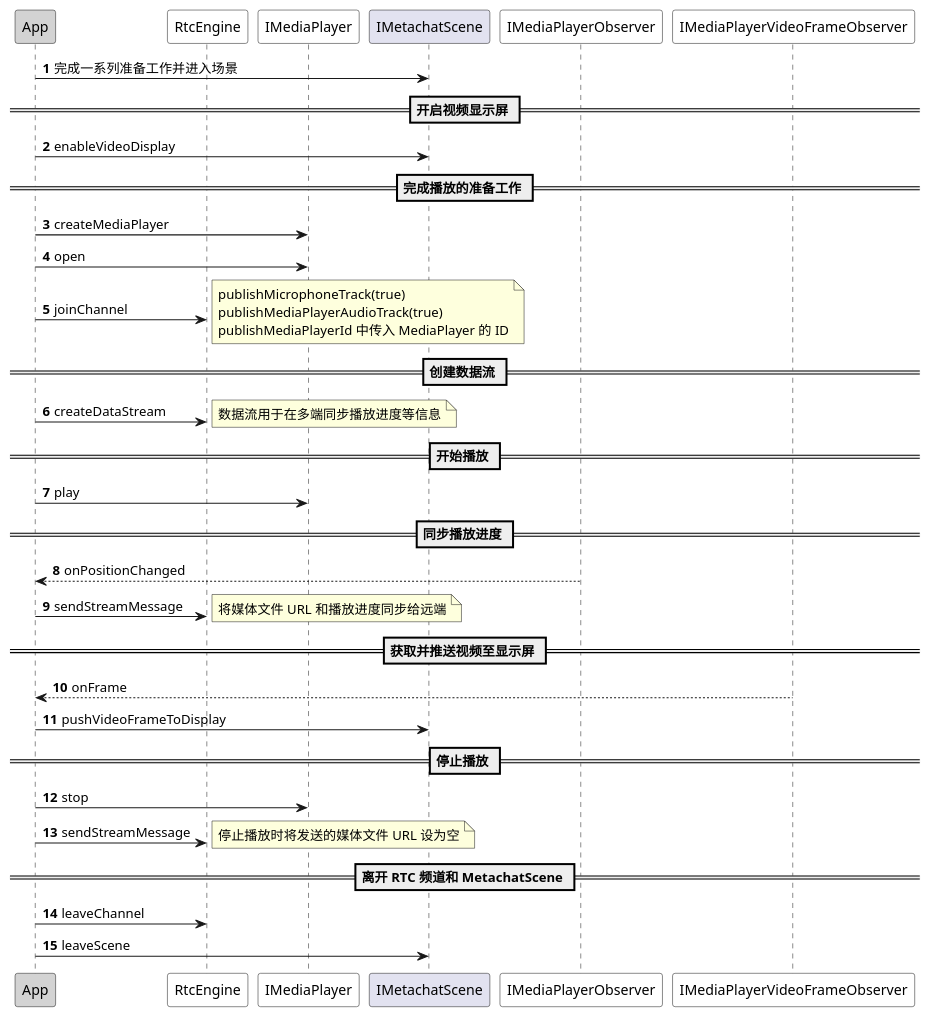
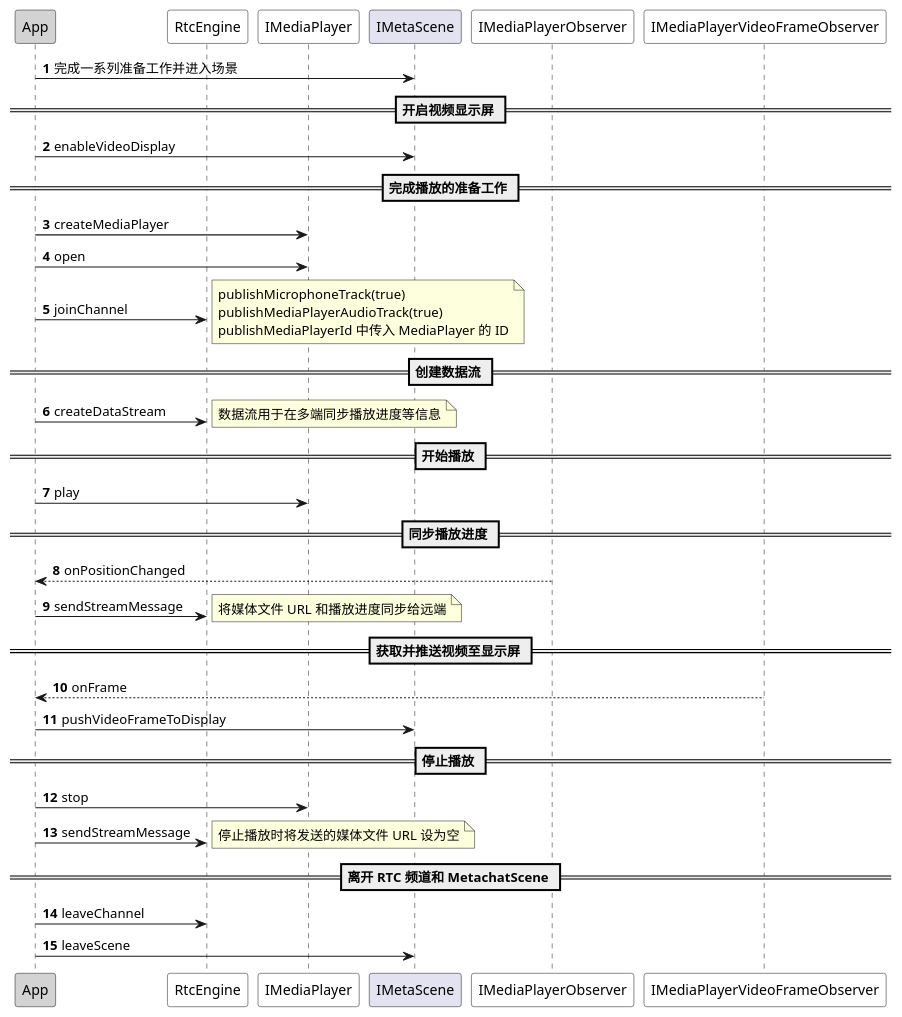
One commit to AgoraIO/agora_doc_source changed the diagram in markdown/metachat/image/ Android/共赏 Android.wsd. Above: the diagram before and after it, drawn with PlantUML. The commit also changed 15 other files, not shown here.

```diff
--- a/markdown/metachat/image/ Android/共赏 Android.wsd
+++ b/markdown/metachat/image/ Android/共赏 Android.wsd
@@ -1,46 +1,46 @@
 @startuml
 autonumber
 participant "App" as a #LightGrey
 participant "RtcEngine" as e #White
 participant "IMediaPlayer" as d #White
-participant "IMetachatScene" as f
+participant "IMetaScene" as f
 participant "IMediaPlayerObserver" as b #White
 participant "IMediaPlayerVideoFrameObserver" as c #White
 a -> f: 完成一系列准备工作并进入场景
 == 开启视频显示屏 ==
 a -> f: enableVideoDisplay
 == 完成播放的准备工作 ==
 a -> d: createMediaPlayer
 a -> d: open
 a -> e: joinChannel
 note right
 publishMicrophoneTrack(true)
 publishMediaPlayerAudioTrack(true)
 publishMediaPlayerId 中传入 MediaPlayer 的 ID
 end note
 == 创建数据流 ==
 a -> e: createDataStream
 note right
 数据流用于在多端同步播放进度等信息
 end note
 == 开始播放 ==
 a -> d: play
 == 同步播放进度 ==
 b --> a: onPositionChanged
 a -> e: sendStreamMessage
 note right
 将媒体文件 URL 和播放进度同步给远端
 end note
 == 获取并推送视频至显示屏 ==
 c --> a: onFrame
 a -> f: pushVideoFrameToDisplay
 == 停止播放 ==
 a -> d: stop
 a -> e: sendStreamMessage
 note right
 停止播放时将发送的媒体文件 URL 设为空
 end note
 == 离开 RTC 频道和 MetachatScene ==
 a -> e: leaveChannel
 a -> f: leaveScene
 @enduml
```
